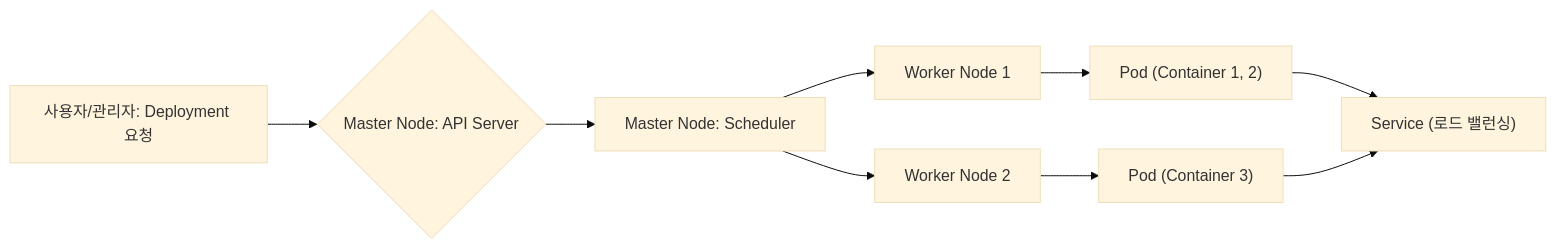
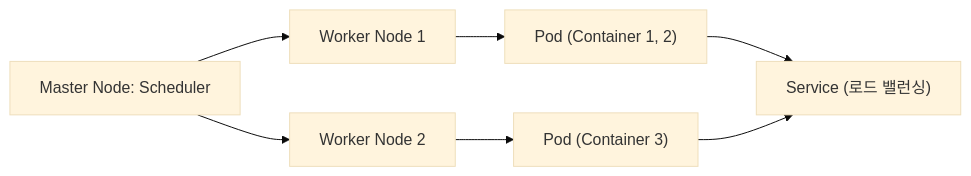
One commit to c0z0c/sprint_mission changed the third of 3 diagrams in 위클리페이퍼/위클리_페이퍼_14_AI4기_김명환.md. Above: the diagram before and after it, drawn with Mermaid (base theme). The commit also changed other lines of this file, not shown here.

````diff
--- a/위클리페이퍼/위클리_페이퍼_14_AI4기_김명환.md
+++ b/위클리페이퍼/위클리_페이퍼_14_AI4기_김명환.md
@@ -114,11 +120,9 @@
 ```mermaid
 graph LR
-    A["사용자/관리자: Deployment 요청"] --> B{Master Node: API Server};
-    B --> C[Master Node: Scheduler];
-    C --> D[Worker Node 1];
+    C[Master Node: Scheduler] --> D[Worker Node 1];
     C --> E[Worker Node 2];
     D --> F["Pod (Container 1, 2)"];
     E --> G["Pod (Container 3)"];
     F --> H["Service (로드 밸런싱)"];
     G --> H;
 ```
````
